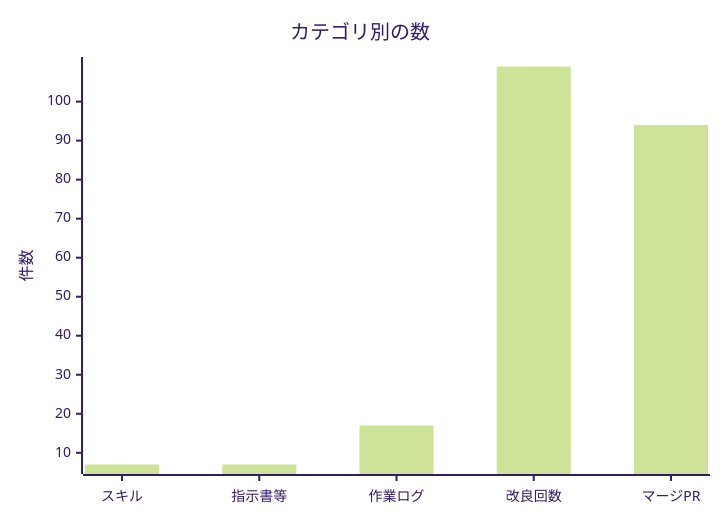
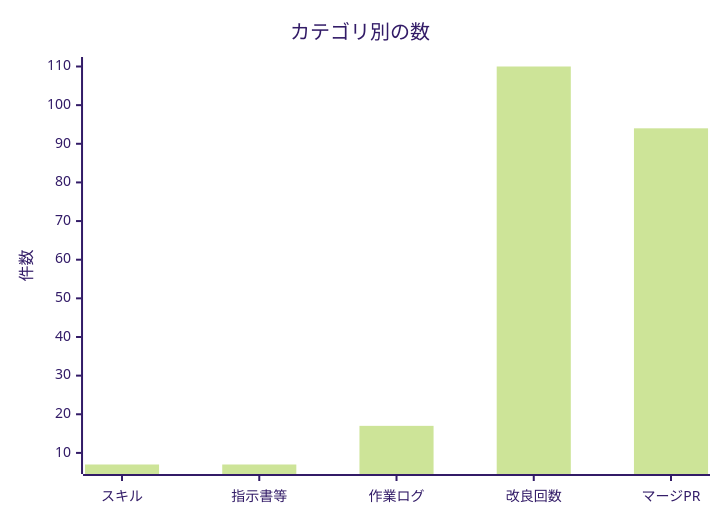
Before and after one commit to non-x2/non-x2: the second of 2 diagrams in docs/進化レポート.md, drawn with Mermaid (forest theme). The commit also changed other lines of this file and 1 other file, not shown here.

````diff
--- a/docs/進化レポート.md
+++ b/docs/進化レポート.md
@@ -33,7 +33,7 @@
 ```mermaid
 xychart-beta
     title "カテゴリ別の数"
     x-axis ["スキル", "指示書等", "作業ログ", "改良回数", "マージPR"]
     y-axis "件数"
-    bar [7, 7, 17, 109, 94]
+    bar [7, 7, 17, 110, 94]
 ```
````
